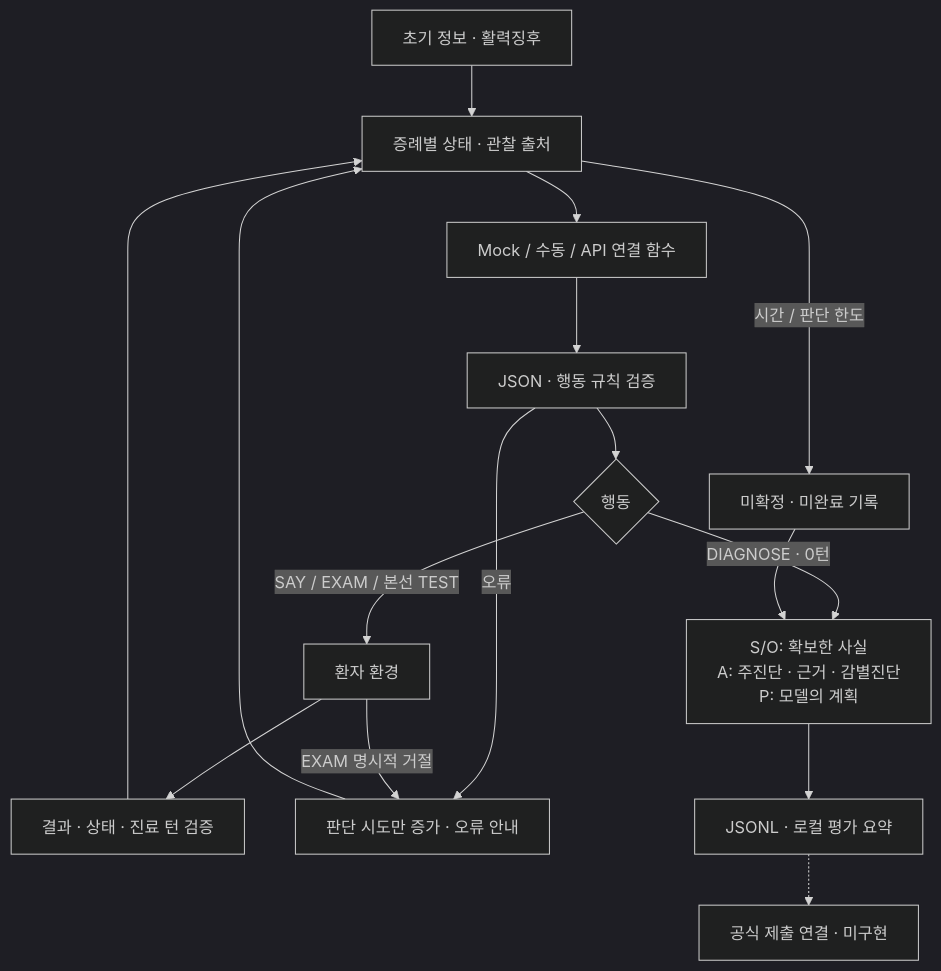
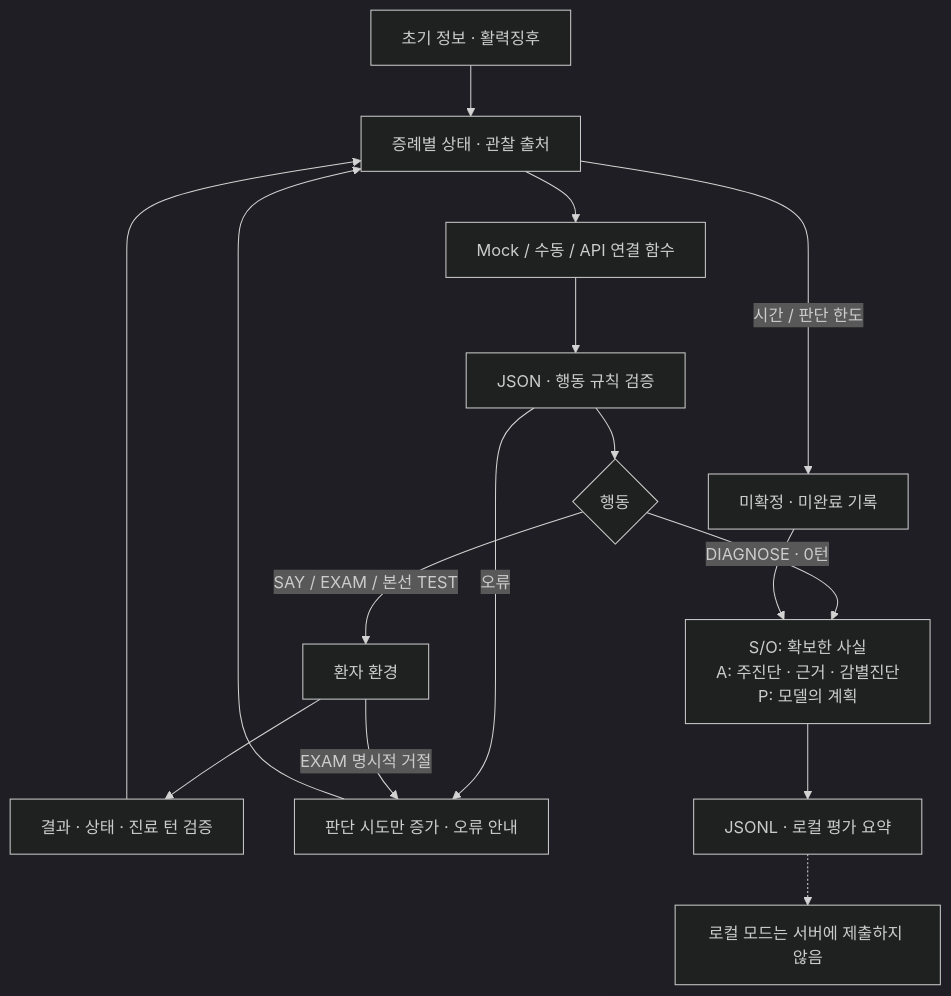
Before and after one commit to juneddoha/nova-medical-agent: the diagram in README.md, drawn with Mermaid (dark theme). The commit also changed other lines of this file and 20 other files, not shown here.

````diff
--- a/README.md
+++ b/README.md
@@ -31,18 +76,18 @@
 ```mermaid
 flowchart TD
     INPUT["초기 정보 · 활력징후"] --> STATE["증례별 상태 · 관찰 출처"]
     STATE --> ADAPTER["Mock / 수동 / API 연결 함수"]
     ADAPTER --> VALIDATE["JSON · 행동 규칙 검증"]
     VALIDATE --> ACTION{"행동"}
     ACTION -->|SAY / EXAM / 본선 TEST| ENV["환자 환경"]
     ENV --> OBS["결과 · 상태 · 진료 턴 검증"]
     OBS --> STATE
     VALIDATE -->|오류| RETRY["판단 시도만 증가 · 오류 안내"]
     RETRY --> STATE
     ENV -->|EXAM 명시적 거절| RETRY
     ACTION -->|DIAGNOSE · 0턴| SOAP["S/O: 확보한 사실<br/>A: 주진단 · 근거 · 감별진단<br/>P: 모델의 계획"]
     STATE -->|시간 / 판단 한도| FALLBACK["미확정 · 미완료 기록"]
     FALLBACK --> SOAP
     SOAP --> LOG["JSONL · 로컬 평가 요약"]
-    LOG -.-> SERVER["공식 제출 연결 · 미구현"]
+    LOG -.-> SERVER["로컬 모드는 서버에 제출하지 않음"]
 ```
````
